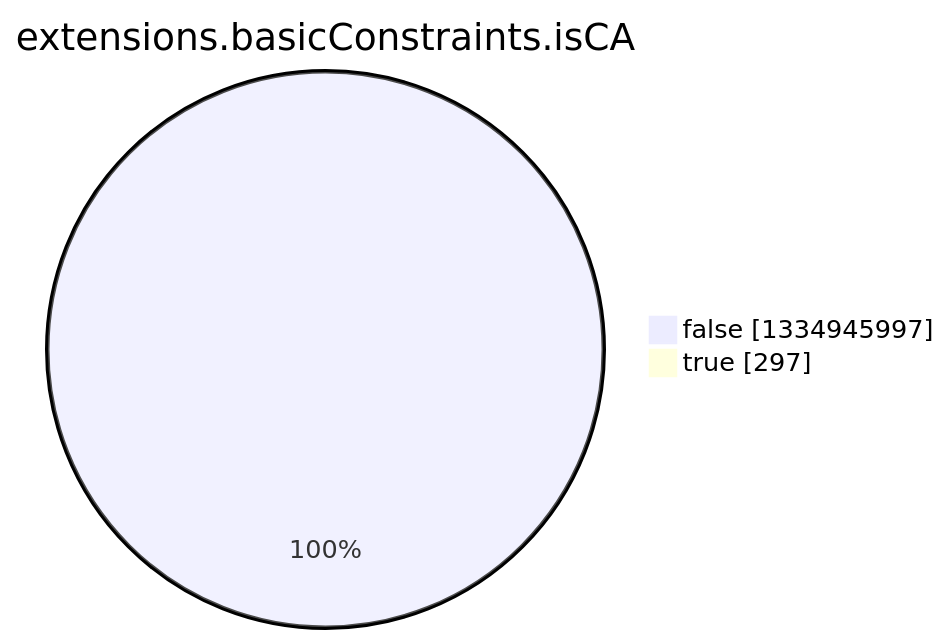
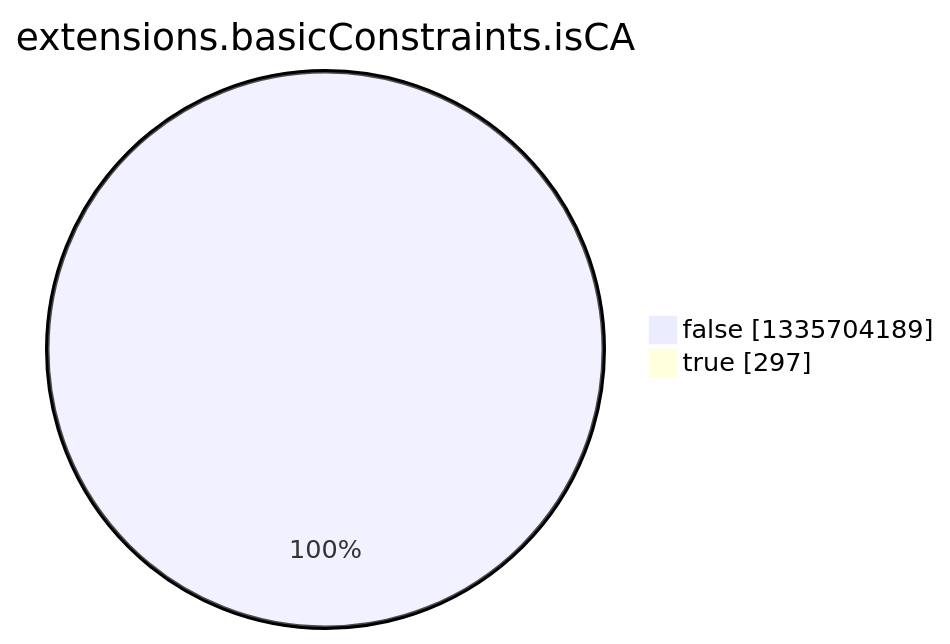
The eighth of 15 diagrams in argon2022/README.md (christiankrug/ctmonitor_visualization), drawn with Mermaid before and after one commit. The commit also changed other lines of this file, not shown here.

````diff
--- a/argon2022/README.md
+++ b/argon2022/README.md
@@ -2758,6 +2758,6 @@
 ```mermaid
 pie showData
 title extensions.basicConstraints.isCA
-"false" :1334945997
+"false" :1335704189
 "true" :297
 ```
````
